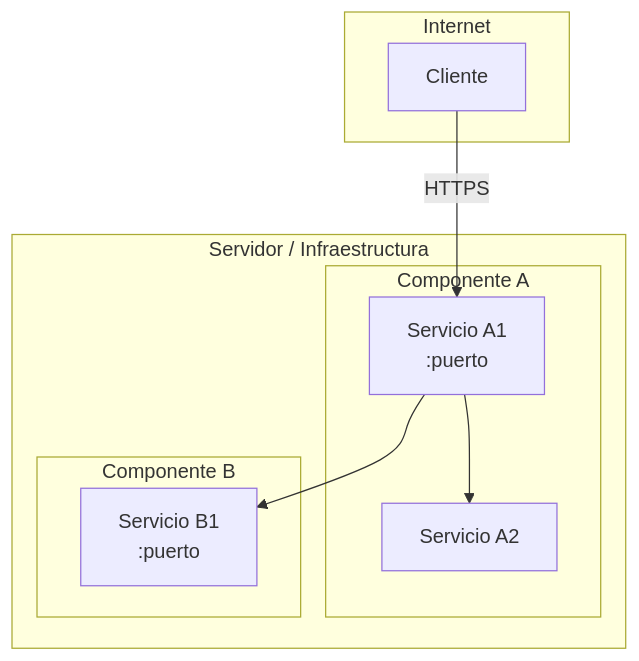
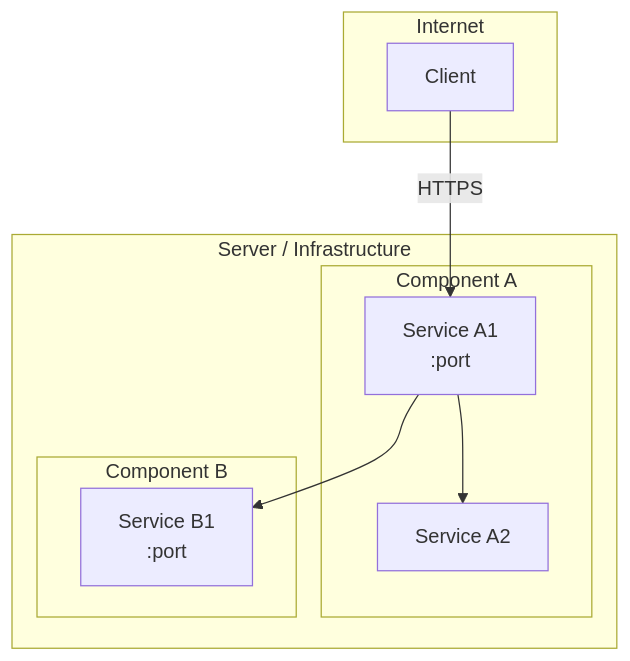
Before and after one commit to elisaul77/Orquestacion_Agentes_claude: the first of 2 diagrams in skills/arquitec-dev-ia/assets/template_agents_root.md, drawn with Mermaid. The commit also changed other lines of this file and 14 other files, not shown here.

````diff
--- a/skills/arquitec-dev-ia/assets/template_agents_root.md
+++ b/skills/arquitec-dev-ia/assets/template_agents_root.md
@@ -8,20 +8,20 @@
 ```mermaid
 flowchart TB
     subgraph INTERNET["Internet"]
-        CLIENT["Cliente"]
+        CLIENT["Client"]
     end
 
-    subgraph SERVER["Servidor / Infraestructura"]
-        subgraph COMP_A["Componente A"]
-            SVC_A1["Servicio A1\n:puerto"]
-            SVC_A2["Servicio A2"]
+    subgraph SERVER["Server / Infrastructure"]
+        subgraph COMP_A["Component A"]
+            SVC_A1["Service A1\n:port"]
+            SVC_A2["Service A2"]
         end
-        subgraph COMP_B["Componente B"]
-            SVC_B1["Servicio B1\n:puerto"]
+        subgraph COMP_B["Component B"]
+            SVC_B1["Service B1\n:port"]
         end
     end
 
     CLIENT -->|HTTPS| SVC_A1
     SVC_A1 --> SVC_A2
     SVC_A1 --> SVC_B1
 ```
````
